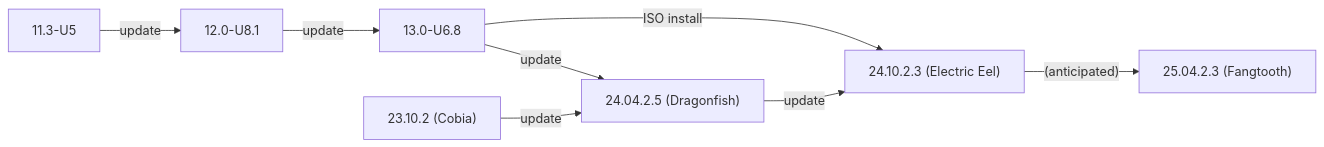
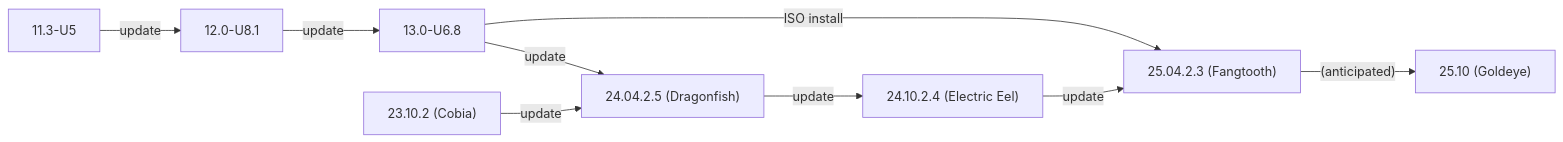
One commit to truenas/documentation changed the second of 2 diagrams in static/includes/SCALEUpgradePaths.md. Above: the diagram before and after it, drawn with Mermaid. The commit also changed other lines of this file and 18 other files, not shown here.

```diff
--- a/static/includes/SCALEUpgradePaths.md
+++ b/static/includes/SCALEUpgradePaths.md
@@ -87,11 +239,12 @@
-          {{< mermaid class="mermaid_sizing" >}}
-          flowchart LR
-            A["11.3-U5"] -->|update| B
-            B["12.0-U8.1"] -->|update| C
-            C["13.0-U6.8"] -->|ISO install| F
-            C -->|update| E
-            D["23.10.2 (Cobia)"] -->|update| E
-            E["24.04.2.5 (Dragonfish)"]  -->|update| F
-            F["24.10.2.3 (Electric Eel)"] -->|"(anticipated)"| G
-            G["25.04.2.3 (Fangtooth)"]
-          {{< /mermaid >}}
+            {{< mermaid class="mermaid_sizing" >}}
+            flowchart LR
+              A["11.3-U5"] -->|update| B
+              B["12.0-U8.1"] -->|update| C
+              C["13.0-U6.8"] -->|ISO install| G
+              C -->|update| E
+              D["23.10.2 (Cobia)"] -->|update| E
+              E["24.04.2.5 (Dragonfish)"]  -->|update| F
+              F["24.10.2.4 (Electric Eel)"] -->|update| G
+              G["25.04.2.3 (Fangtooth)"] -->|"(anticipated)"| H
+            H["25.10 (Goldeye)"]
+            {{< /mermaid >}}
```
